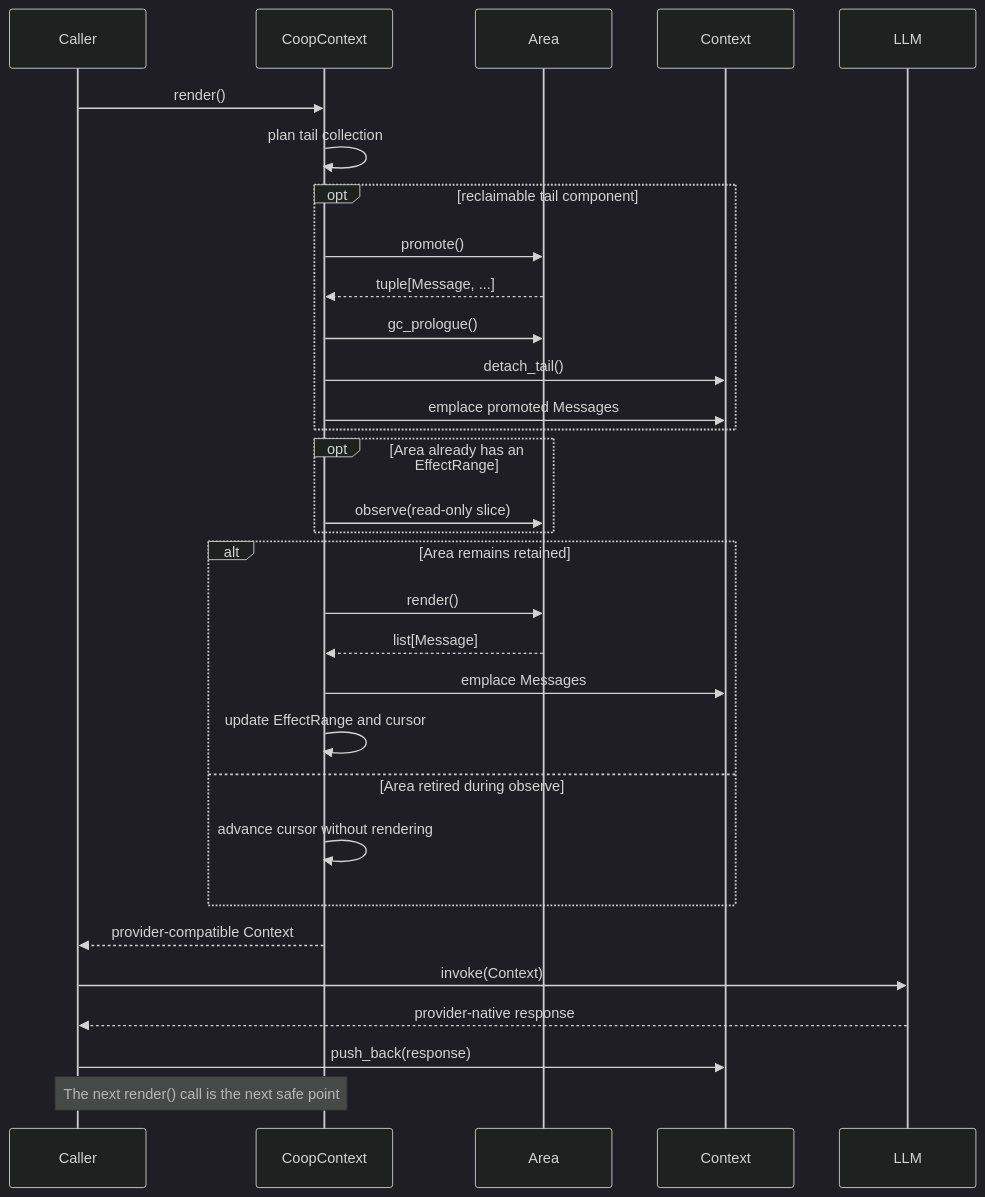
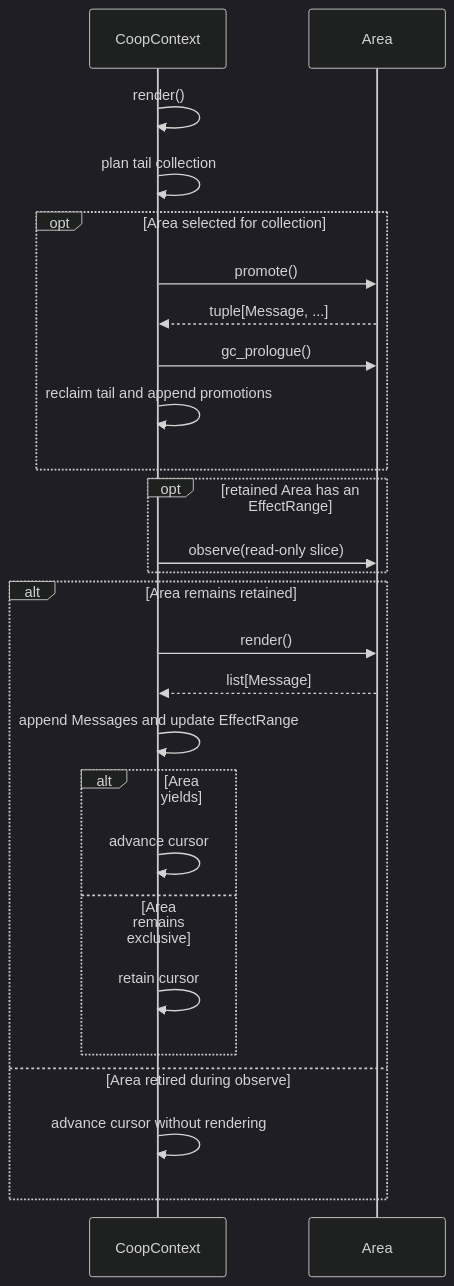
The diagram in docs/context-areas.md (OvenFoSten/Hydrangea), drawn with Mermaid (dark theme) before and after one commit.

Commit message:
Simplify Context Area flow diagram

````diff
--- a/docs/context-areas.md
+++ b/docs/context-areas.md
@@ -179,41 +179,35 @@
 ```mermaid
 sequenceDiagram
     accTitle: Context Area execution pipeline
-    accDescr: The caller requests a Context, CoopContext performs collection and Area callbacks at a safe point, then the caller invokes the model and pushes its native response into Context.
+    accDescr: CoopContext performs collection, observation, rendering, and cursor updates through the Area contract.
 
-    participant Caller
     participant Coop as CoopContext
     participant Area
-    participant Context
-    participant LLM
 
-    Caller->>Coop: render()
+    Coop->>Coop: render()
     Coop->>Coop: plan tail collection
 
-    opt reclaimable tail component
+    opt Area selected for collection
         Coop->>Area: promote()
         Area-->>Coop: tuple[Message, ...]
         Coop->>Area: gc_prologue()
-        Coop->>Context: detach_tail()
-        Coop->>Context: emplace promoted Messages
+        Coop->>Coop: reclaim tail and append promotions
     end
 
-    opt Area already has an EffectRange
+    opt retained Area has an EffectRange
         Coop->>Area: observe(read-only slice)
     end
 
     alt Area remains retained
         Coop->>Area: render()
         Area-->>Coop: list[Message]
-        Coop->>Context: emplace Messages
-        Coop->>Coop: update EffectRange and cursor
+        Coop->>Coop: append Messages and update EffectRange
+        alt Area yields
+            Coop->>Coop: advance cursor
+        else Area remains exclusive
+            Coop->>Coop: retain cursor
+        end
     else Area retired during observe
         Coop->>Coop: advance cursor without rendering
     end
-
-    Coop-->>Caller: provider-compatible Context
-    Caller->>LLM: invoke(Context)
-    LLM-->>Caller: provider-native response
-    Caller->>Context: push_back(response)
-    Note over Caller,Coop: The next render() call is the next safe point
 ```
````
